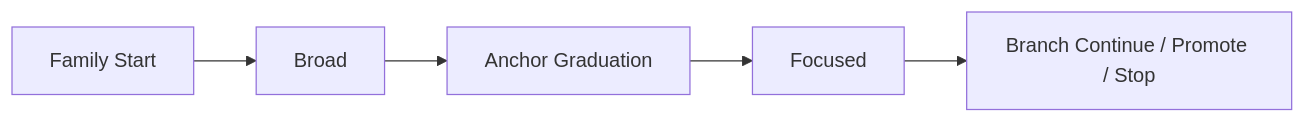
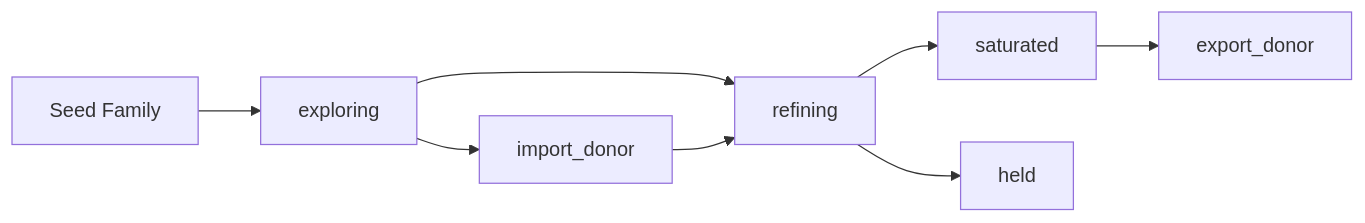
The second of 2 diagrams in factors_store/llm_refine/README.md (zhangxinyue1017/AlphaRefinery), drawn with Mermaid before and after one commit. The commit also changed other lines of this file and 97 other files, not shown here.

````diff
--- a/factors_store/llm_refine/README.md
+++ b/factors_store/llm_refine/README.md
@@ -205,7 +258,10 @@
 ```mermaid
 graph LR
-    A[Family Start] --> B[Broad]
-    B --> C[Anchor Graduation]
-    C --> D[Focused]
-    D --> E[Branch Continue / Promote / Stop]
+    A[Seed Family] --> B[exploring]
+    B --> C[refining]
+    C --> D[saturated]
+    C --> E[held]
+    D --> F[export_donor]
+    B --> G[import_donor]
+    G --> C
 ```
````
